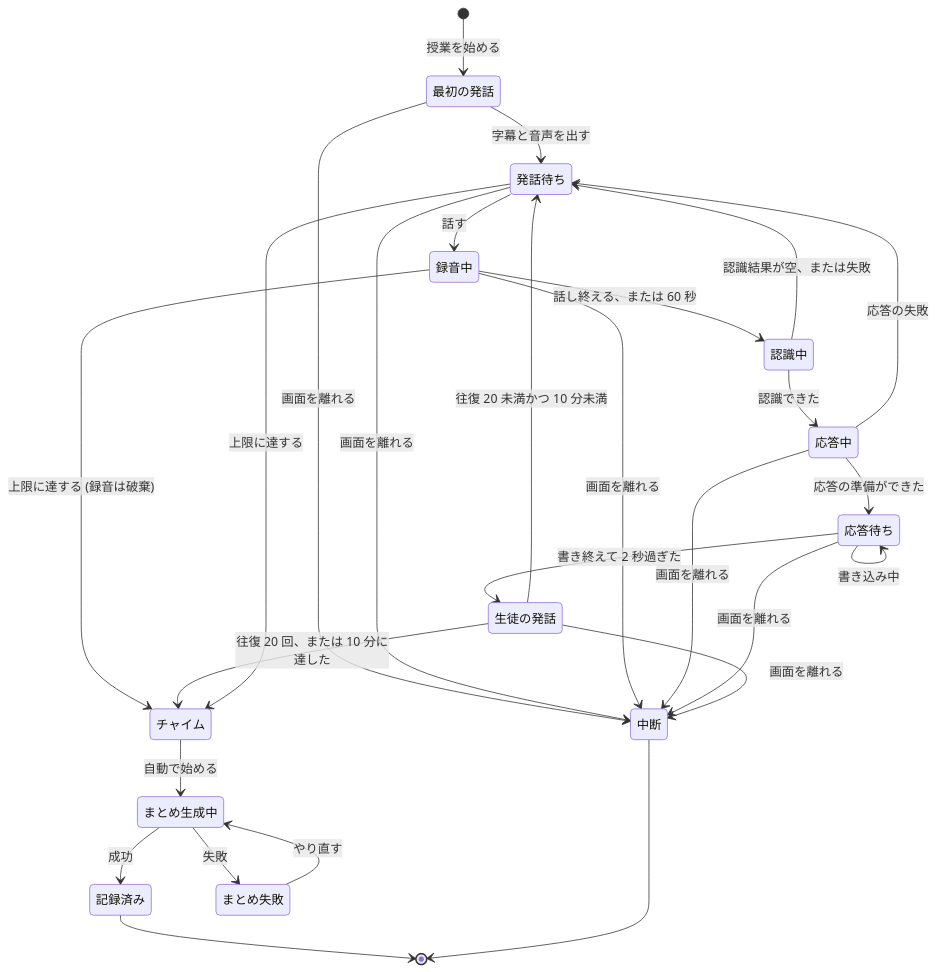
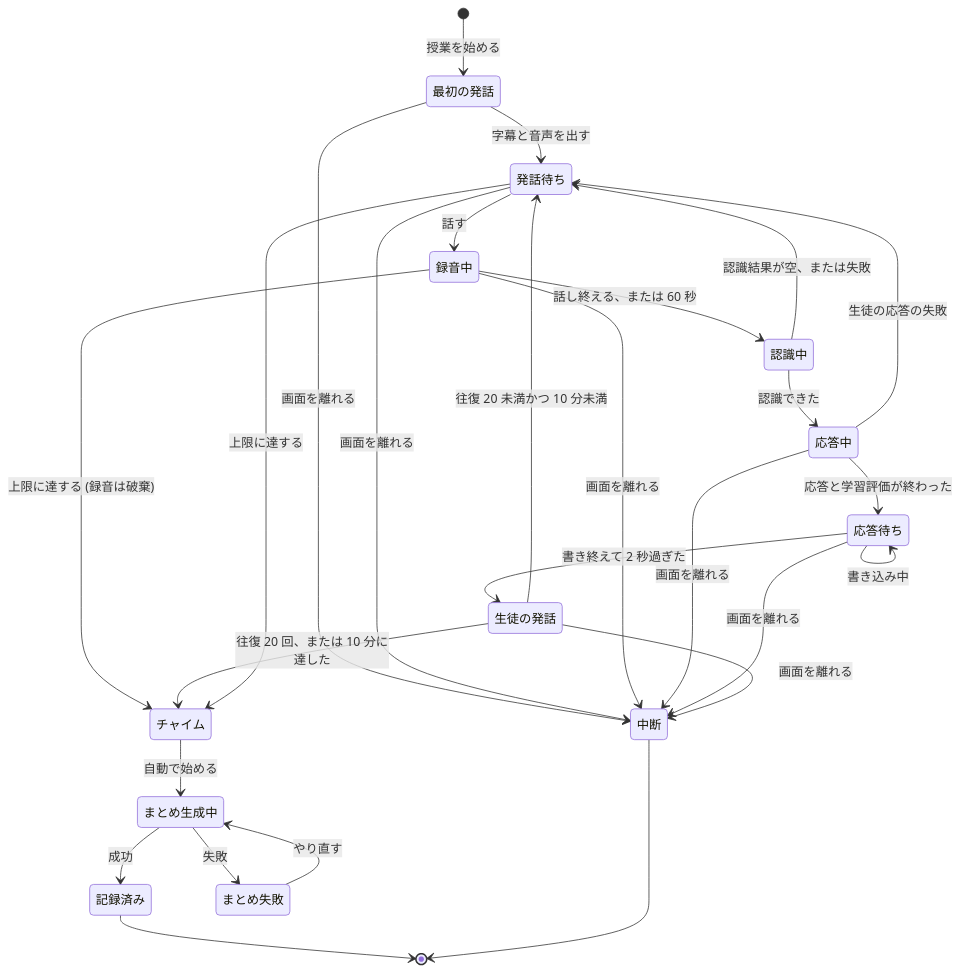
Before and after one commit to kyro-studios/teachme: the fourth of 6 diagrams in docs/features/1-ai-student-lesson/specification.md, drawn with Mermaid. The commit also changed other lines of this file and 1 other file, not shown here.

````diff
--- a/docs/features/1-ai-student-lesson/specification.md
+++ b/docs/features/1-ai-student-lesson/specification.md
@@ -426,29 +444,29 @@
 ```mermaid
 stateDiagram-v2
     [*] --> 最初の発話: 授業を始める
     最初の発話 --> 発話待ち: 字幕と音声を出す
     発話待ち --> 録音中: 話す
     録音中 --> 認識中: 話し終える、または 60 秒
     録音中 --> チャイム: 上限に達する (録音は破棄)
     認識中 --> 応答中: 認識できた
     認識中 --> 発話待ち: 認識結果が空、または失敗
-    応答中 --> 応答待ち: 応答の準備ができた
-    応答中 --> 発話待ち: 応答の失敗
+    応答中 --> 応答待ち: 応答と学習評価が終わった
+    応答中 --> 発話待ち: 生徒の応答の失敗
     応答待ち --> 応答待ち: 書き込み中
     応答待ち --> 生徒の発話: 書き終えて 2 秒過ぎた
     生徒の発話 --> 発話待ち: 往復 20 未満かつ 10 分未満
     生徒の発話 --> チャイム: 往復 20 回、または 10 分に達した
     発話待ち --> チャイム: 上限に達する
     チャイム --> まとめ生成中: 自動で始める
     まとめ生成中 --> 記録済み: 成功
     まとめ生成中 --> まとめ失敗: 失敗
     まとめ失敗 --> まとめ生成中: やり直す
     記録済み --> [*]
     最初の発話 --> 中断: 画面を離れる
     発話待ち --> 中断: 画面を離れる
     録音中 --> 中断: 画面を離れる
     応答中 --> 中断: 画面を離れる
     応答待ち --> 中断: 画面を離れる
     生徒の発話 --> 中断: 画面を離れる
     中断 --> [*]
 ```
````
